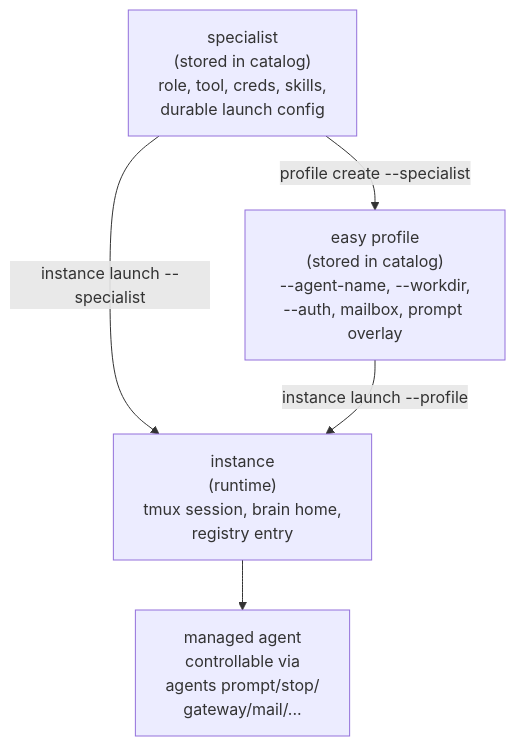
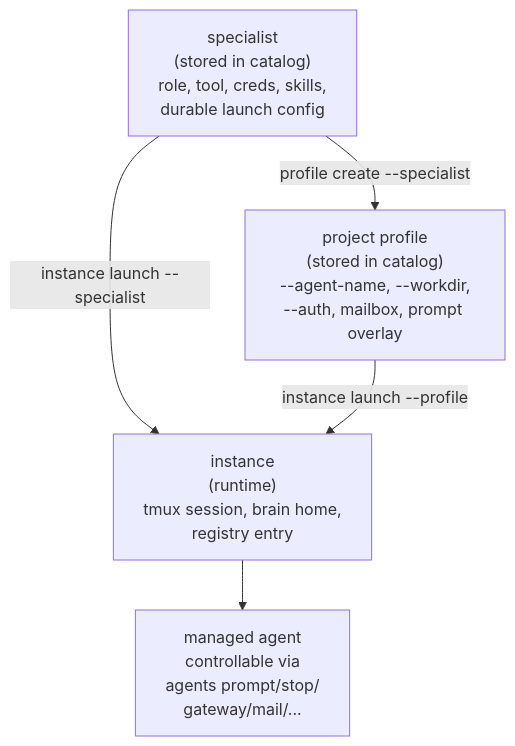
Before and after one commit to igamenovoer/houmao: the diagram in docs/getting-started/easy-specialists.md, drawn with Mermaid. The commit also changed other lines of this file and 202 other files, not shown here.

Commit message:
feat: consolidate project native-agent CLI

````diff
--- a/docs/getting-started/easy-specialists.md
+++ b/docs/getting-started/easy-specialists.md
@@ -21,12 +21,12 @@
 ```mermaid
 flowchart TD
     S["specialist<br/>(stored in catalog)<br/>role, tool, creds, skills,<br/>durable launch config"]
-    P["easy profile<br/>(stored in catalog)<br/>--agent-name, --workdir,<br/>--auth, mailbox, prompt overlay"]
+    P["project profile<br/>(stored in catalog)<br/>--agent-name, --workdir,<br/>--auth, mailbox, prompt overlay"]
     I["instance<br/>(runtime)<br/>tmux session, brain home,<br/>registry entry"]
     M["managed agent<br/>controllable via<br/>agents prompt/stop/<br/>gateway/mail/..."]
 
     S -->|"instance launch --specialist"| I
     S -->|"profile create --specialist"| P
     P -->|"instance launch --profile"| I
     I --> M
 ```
````
